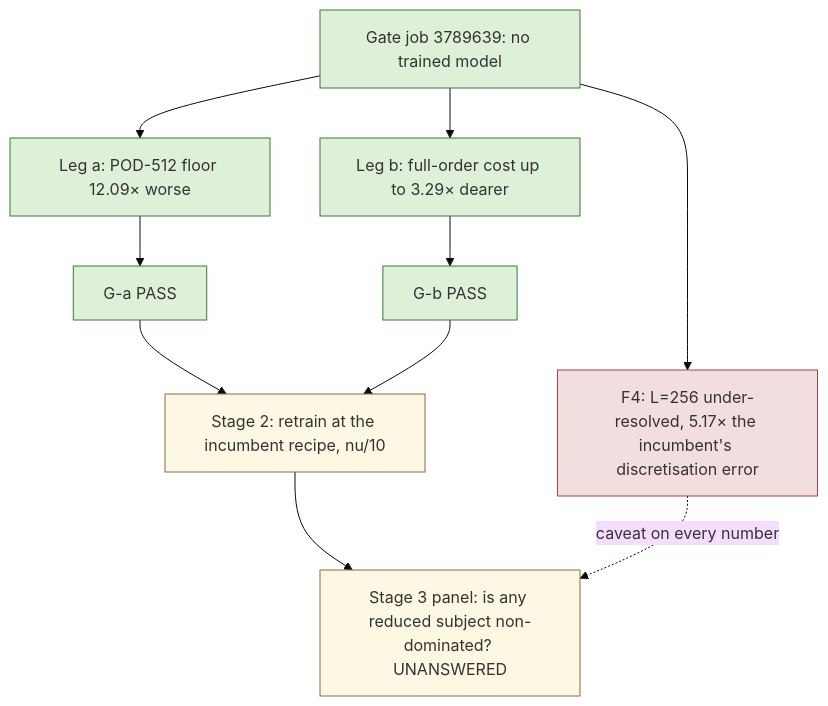
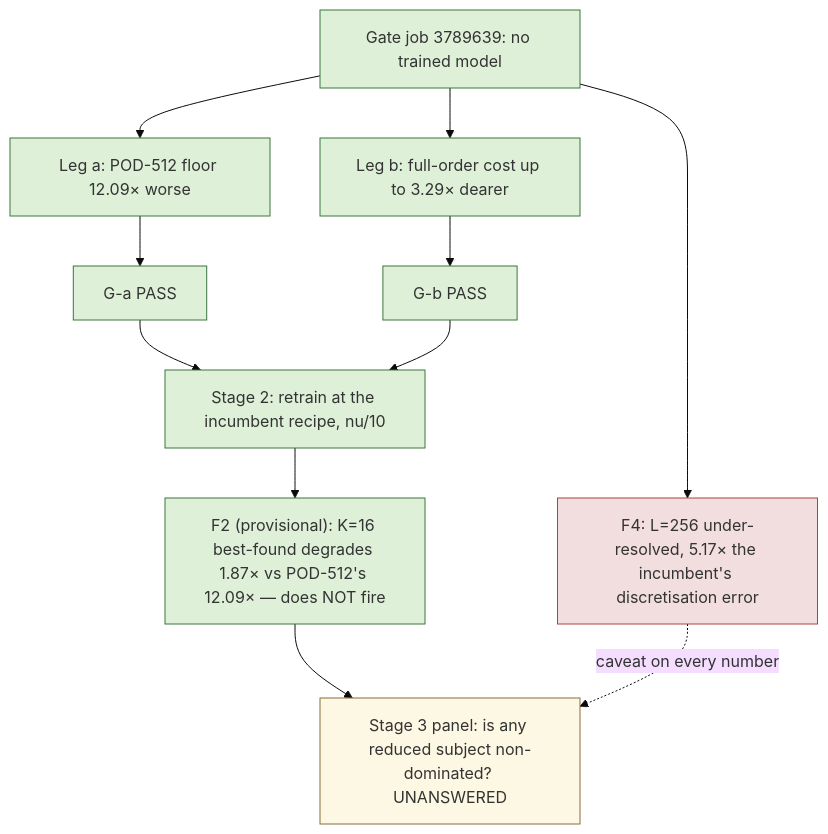
Before and after one commit to tahmidawal/Tunable-NM-ROM: the diagram in experiments/b-lowvisc/reports/2026-09-17-b-lowvisc.md, drawn with Mermaid (base theme). The commit also changed other lines of this file and 17 other files, not shown here.

````diff
--- a/experiments/b-lowvisc/reports/2026-09-17-b-lowvisc.md
+++ b/experiments/b-lowvisc/reports/2026-09-17-b-lowvisc.md
@@ -139,18 +142,20 @@
 ```mermaid
 flowchart TD
   A[Gate job 3789639: no trained model] --> B["Leg a: POD-512 floor 12.09× worse"]
   A --> C["Leg b: full-order cost up to 3.29× dearer"]
   B --> D[G-a PASS]
   C --> E[G-b PASS]
   D --> F[Stage 2: retrain at the incumbent recipe, nu/10]
   E --> F
-  F --> G["Stage 3 panel: is any reduced subject non-dominated? UNANSWERED"]
+  F --> F2["F2 (provisional): K=16 best-found degrades 1.87× vs POD-512's 12.09× — does NOT fire"]
+  F2 --> G["Stage 3 panel: is any reduced subject non-dominated? UNANSWERED"]
   A --> H["F4: L=256 under-resolved, 5.17× the incumbent's discretisation error"]
   H -.caveat on every number.-> G
   classDef done fill:#dff0d8,stroke:#3c763d
   classDef open fill:#fcf8e3,stroke:#8a6d3b
   classDef warn fill:#f2dede,stroke:#a94442
   class A,B,C,D,E done
-  class F,G open
+  class F,F2 done
+  class G open
   class H warn
 ```
````
